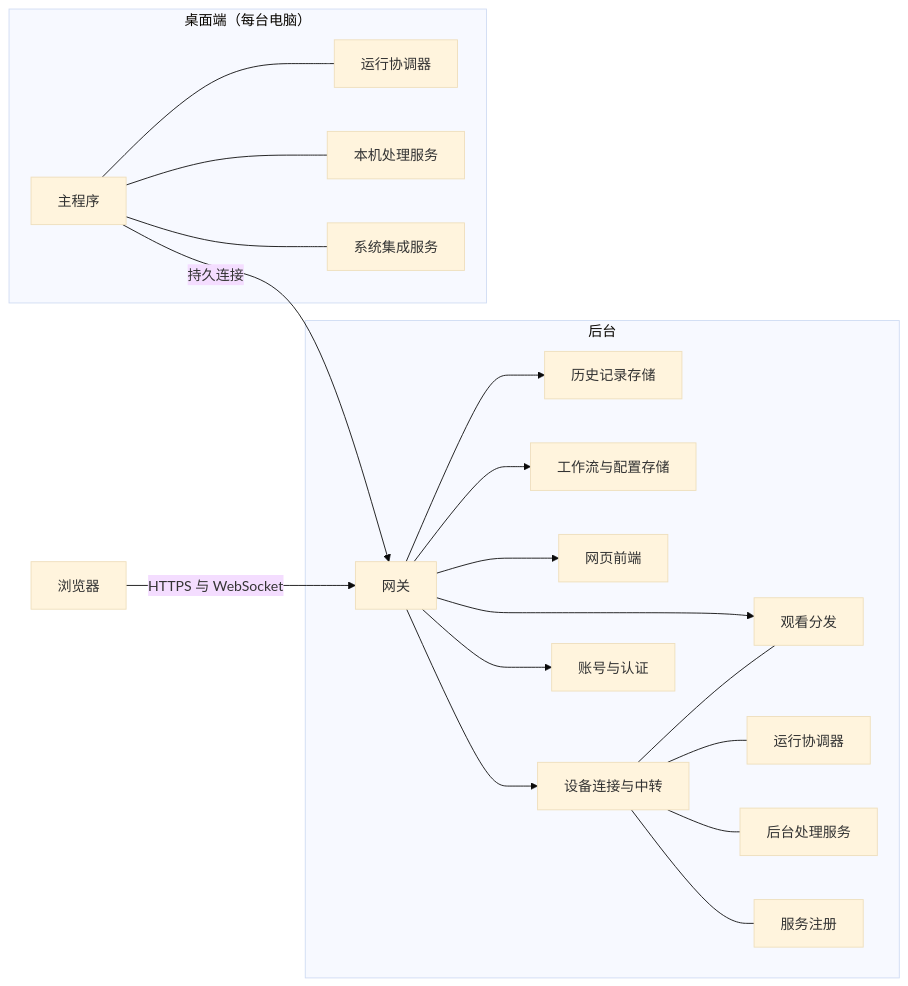
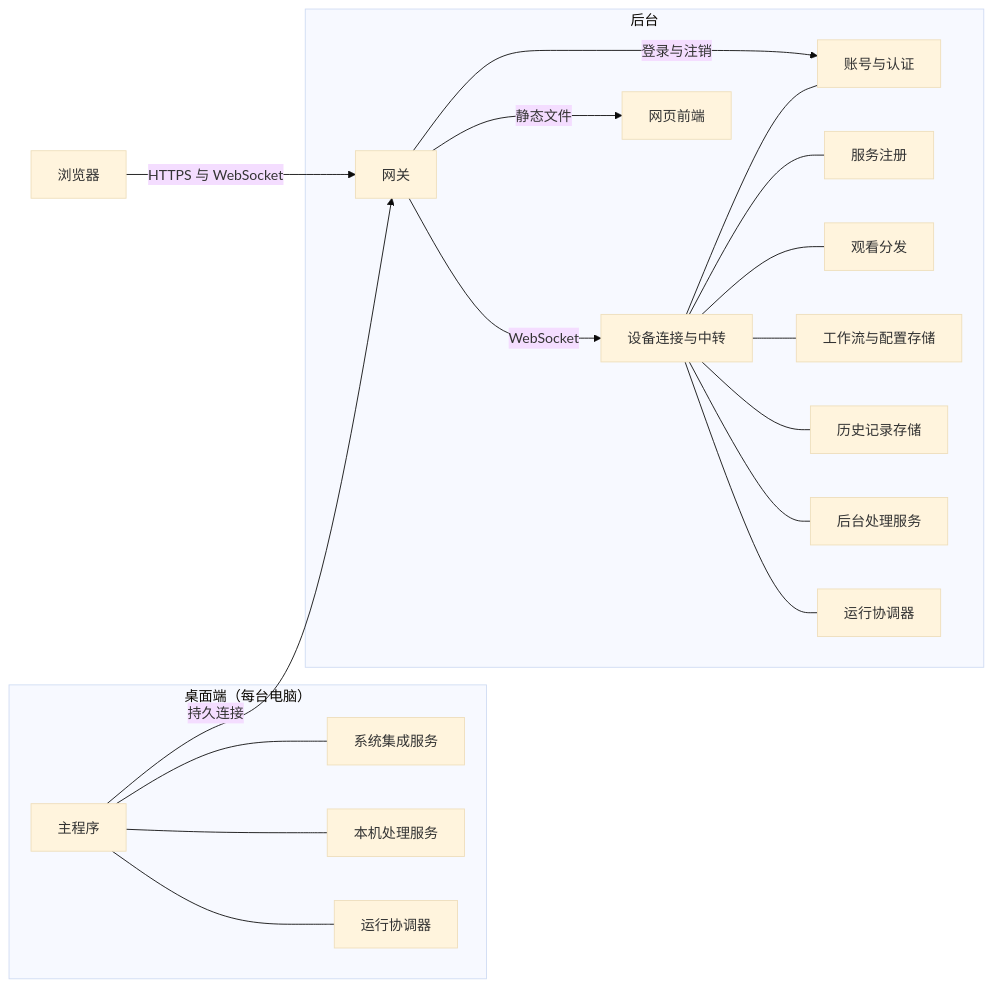
One commit to koriyoshi2041/screen-translate-hub changed the first of 2 diagrams in docs/spec/01-architecture.md. Above: the diagram before and after it, drawn with Mermaid (base theme). The commit also changed other lines of this file and 25 other files, not shown here.

````diff
--- a/docs/spec/01-architecture.md
+++ b/docs/spec/01-architecture.md
@@ -16,37 +16,37 @@
 ```mermaid
 flowchart LR
   subgraph PC["桌面端（每台电脑）"]
     AG["主程序"]
     SIS["系统集成服务"]
     LP["本机处理服务"]
     LRC["运行协调器"]
   end
   subgraph BE["后台"]
     IN["网关"]
     HUB["设备连接与中转"]
     AUTH["账号与认证"]
     REG["服务注册"]
     VIEW["观看分发"]
     WEB["网页前端"]
     CONF["工作流与配置存储"]
     HIST["历史记录存储"]
     BP["后台处理服务"]
     BRC["运行协调器"]
   end
   BR["浏览器"]
   AG -->|持久连接| IN
   BR -->|HTTPS 与 WebSocket| IN
-  IN --> HUB
-  IN --> AUTH
-  IN --> VIEW
-  IN --> WEB
-  IN --> CONF
-  IN --> HIST
+  IN -->|WebSocket| HUB
+  IN -->|登录与注销| AUTH
+  IN -->|静态文件| WEB
+  HUB --- AUTH
   HUB --- REG
+  HUB --- VIEW
+  HUB --- CONF
+  HUB --- HIST
   HUB --- BP
   HUB --- BRC
-  HUB --- VIEW
   AG --- SIS
   AG --- LP
   AG --- LRC
 ```
````
